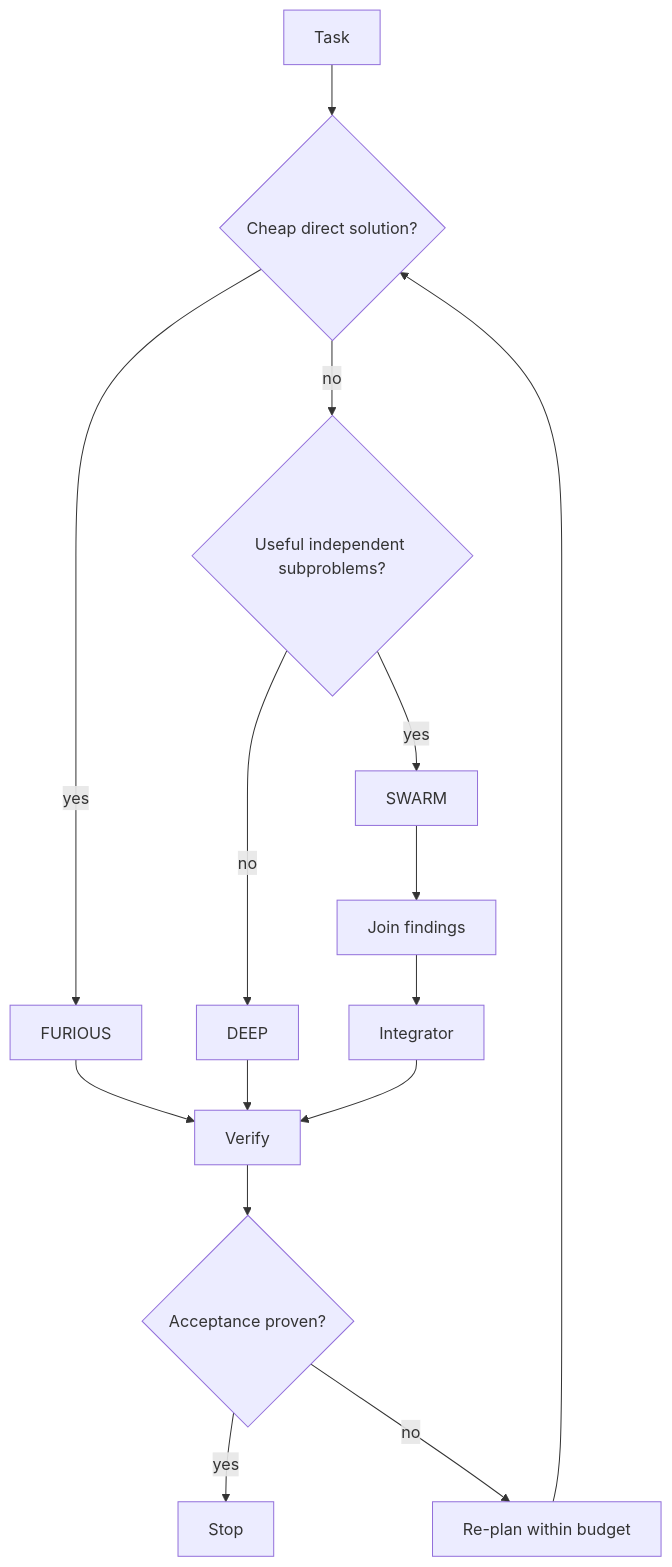
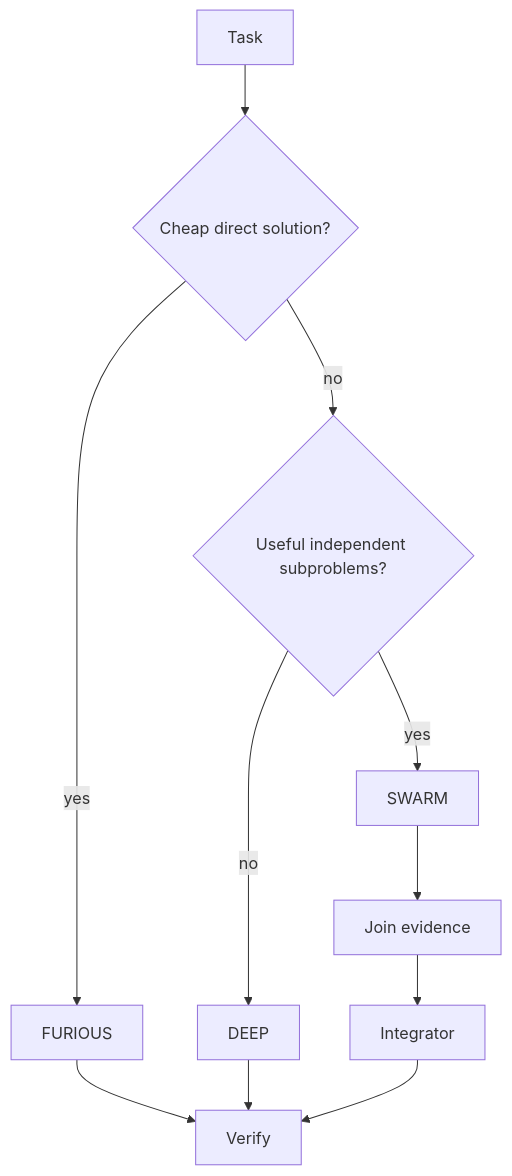
The diagram in docs/agent-architecture/MULTI_AGENT.md (ORCHORDS-LCC/OAI-2.0), drawn with Mermaid before and after one commit. The commit also changed other lines of this file and 23 other files, not shown here.

````diff
--- a/docs/agent-architecture/MULTI_AGENT.md
+++ b/docs/agent-architecture/MULTI_AGENT.md
@@ -9,17 +13,13 @@
 ```mermaid
 flowchart TD
     T[Task] --> C{Cheap direct solution?}
     C -->|yes| F[FURIOUS]
     C -->|no| P{Useful independent subproblems?}
     P -->|no| D[DEEP]
     P -->|yes| S[SWARM]
     F --> V[Verify]
     D --> V
-    S --> J[Join findings]
+    S --> J[Join evidence]
     J --> I[Integrator]
     I --> V
-    V --> X{Acceptance proven?}
-    X -->|yes| Z[Stop]
-    X -->|no| R[Re-plan within budget]
-    R --> C
 ```
````
